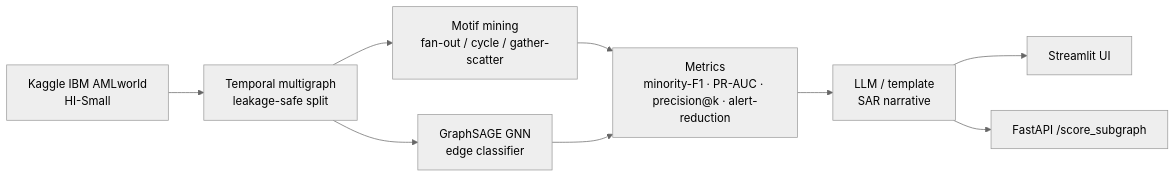
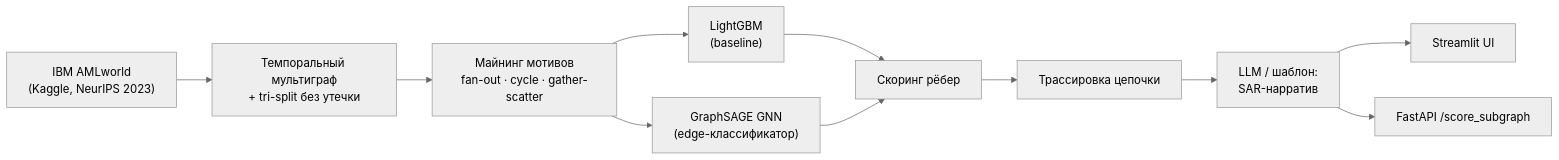
One commit to abdulovia/aml-graph changed the diagram in README.md. Above: the diagram before and after it, drawn with Mermaid (neutral theme). The commit also changed other lines of this file, not shown here.

````diff
--- a/README.md
+++ b/README.md
@@ -31,11 +81,13 @@
 ```mermaid
 flowchart LR
-    A[Kaggle IBM AMLworld<br/>HI-Small] --> B[Temporal multigraph<br/>leakage-safe split]
-    B --> C[Motif mining<br/>fan-out / cycle / gather-scatter]
-    B --> D[GraphSAGE GNN<br/>edge classifier]
-    C --> E[Metrics<br/>minority-F1 · PR-AUC · precision@k · alert-reduction]
-    D --> E
-    E --> F[LLM / template<br/>SAR narrative]
-    F --> G[Streamlit UI]
-    F --> H[FastAPI /score_subgraph]
+    A["IBM AMLworld<br/>(Kaggle, NeurIPS 2023)"] --> B["Темпоральный мультиграф<br/>+ tri-split без утечки"]
+    B --> C["Майнинг мотивов<br/>fan-out · cycle · gather-scatter"]
+    C --> D["LightGBM<br/>(baseline)"]
+    C --> E["GraphSAGE GNN<br/>(edge-классификатор)"]
+    D --> F["Скоринг рёбер"]
+    E --> F
+    F --> G["Трассировка цепочки"]
+    G --> H["LLM / шаблон:<br/>SAR-нарратив"]
+    H --> I["Streamlit UI"]
+    H --> J["FastAPI /score_subgraph"]
 ```
````
